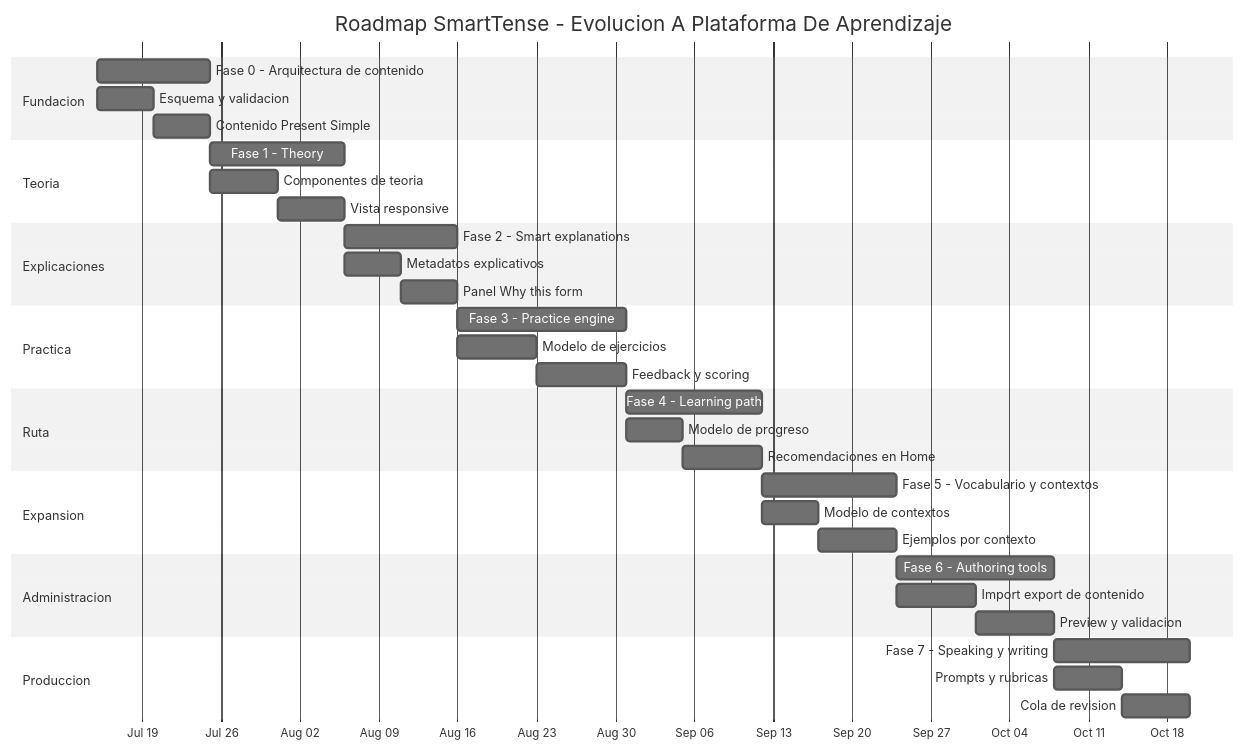
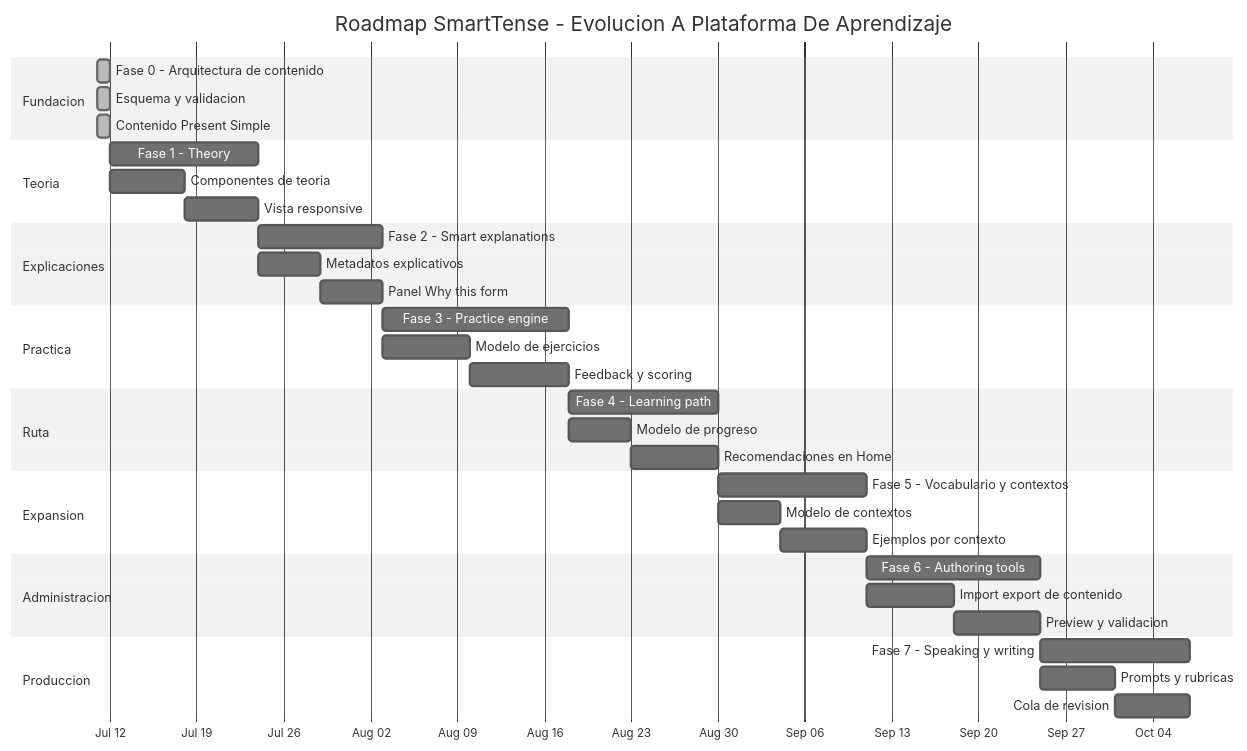
The diagram in docs/PROJECT_PHASE_ROADMAP.md (dafermen/SmartTense), drawn with Mermaid (neutral theme) before and after one commit. The commit also changed other lines of this file and 9 other files, not shown here.

````diff
--- a/docs/PROJECT_PHASE_ROADMAP.md
+++ b/docs/PROJECT_PHASE_ROADMAP.md
@@ -229,46 +212,46 @@
 ```mermaid
 gantt
     title Roadmap SmartTense - Evolucion A Plataforma De Aprendizaje
     dateFormat  YYYY-MM-DD
     axisFormat  %b %d
 
     section Fundacion
-    Fase 0 - Arquitectura de contenido      :p0, 2026-07-15, 10d
-    Esquema y validacion                    :p0a, 2026-07-15, 5d
-    Contenido Present Simple                :p0b, after p0a, 5d
+    Fase 0 - Arquitectura de contenido      :done, p0, 2026-07-11, 1d
+    Esquema y validacion                    :done, p0a, 2026-07-11, 1d
+    Contenido Present Simple                :done, p0b, 2026-07-11, 1d
 
     section Teoria
-    Fase 1 - Theory                         :p1, after p0, 12d
-    Componentes de teoria                   :p1a, after p0, 6d
+    Fase 1 - Theory                         :p1, 2026-07-12, 12d
+    Componentes de teoria                   :p1a, 2026-07-12, 6d
     Vista responsive                        :p1b, after p1a, 6d
 
     section Explicaciones
     Fase 2 - Smart explanations             :p2, after p1, 10d
     Metadatos explicativos                  :p2a, after p1, 5d
     Panel Why this form                     :p2b, after p2a, 5d
 
     section Practica
     Fase 3 - Practice engine                :p3, after p2, 15d
     Modelo de ejercicios                    :p3a, after p2, 7d
     Feedback y scoring                      :p3b, after p3a, 8d
 
     section Ruta
     Fase 4 - Learning path                  :p4, after p3, 12d
     Modelo de progreso                      :p4a, after p3, 5d
     Recomendaciones en Home                 :p4b, after p4a, 7d
 
     section Expansion
     Fase 5 - Vocabulario y contextos        :p5, after p4, 12d
     Modelo de contextos                     :p5a, after p4, 5d
     Ejemplos por contexto                   :p5b, after p5a, 7d
 
     section Administracion
     Fase 6 - Authoring tools                :p6, after p5, 14d
     Import export de contenido              :p6a, after p5, 7d
     Preview y validacion                    :p6b, after p6a, 7d
 
     section Produccion
     Fase 7 - Speaking y writing             :p7, after p6, 12d
     Prompts y rubricas                      :p7a, after p6, 6d
     Cola de revision                        :p7b, after p7a, 6d
 ```
````
